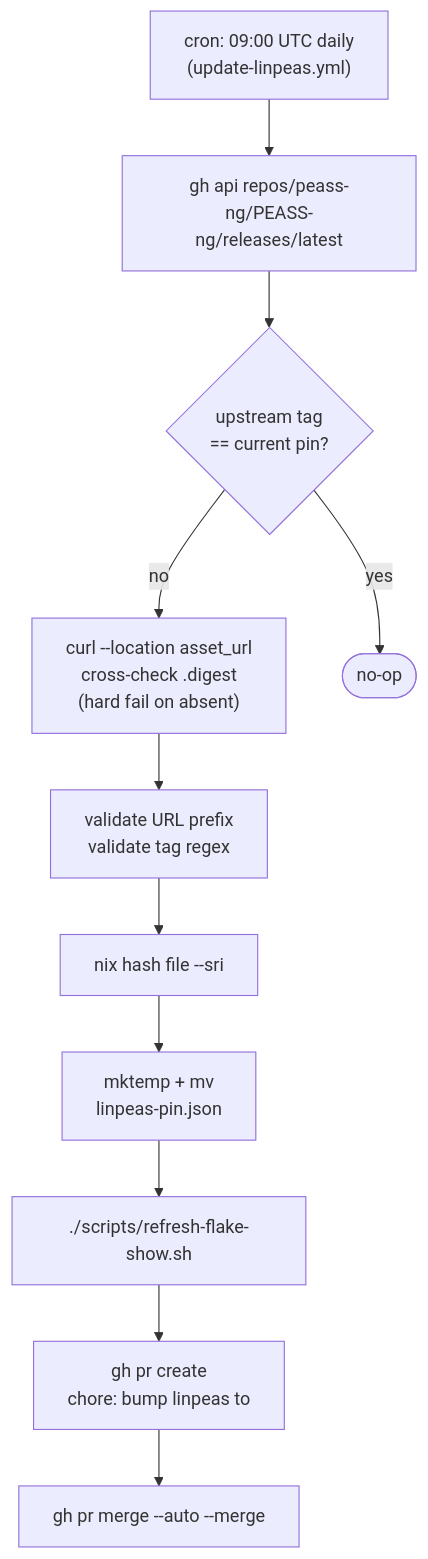
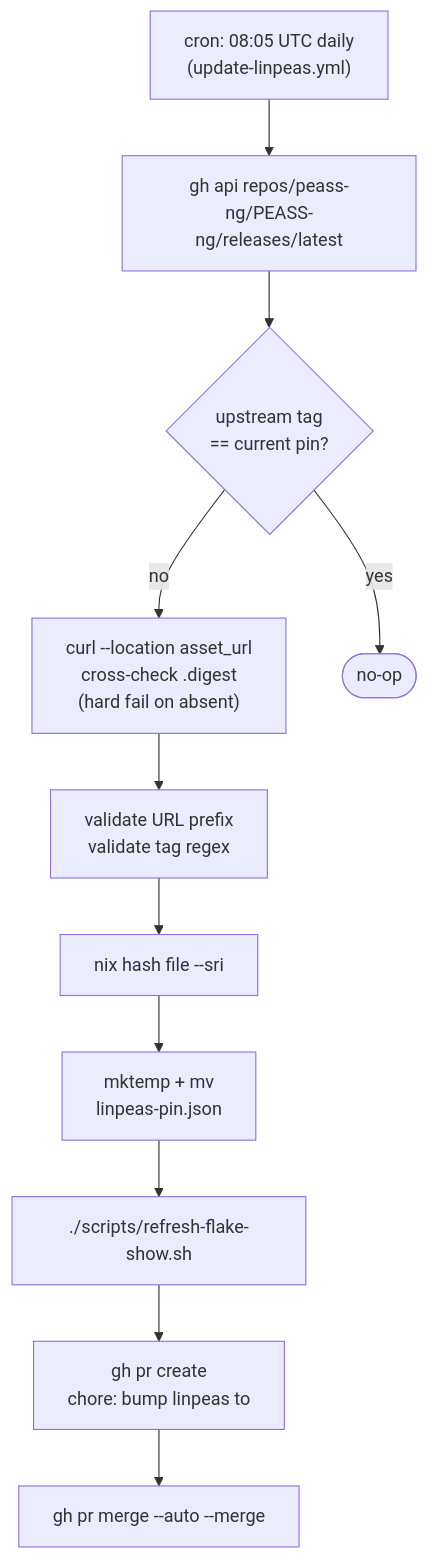
The first of 3 diagrams in docs/architecture/auto-update.md (rvenutolo/linPEAS-flake), drawn with Mermaid before and after one commit. The commit also changed other lines of this file and 27 other files, not shown here.

````diff
--- a/docs/architecture/auto-update.md
+++ b/docs/architecture/auto-update.md
@@ -7,18 +7,18 @@
 ```mermaid
 flowchart TD
-  cron["cron: 09:00 UTC daily<br/>(update-linpeas.yml)"]
+  cron["cron: 08:05 UTC daily<br/>(update-linpeas.yml)"]
   api["gh api repos/peass-ng/PEASS-ng/releases/latest"]
   compare{"upstream tag<br/>== current pin?"}
   fetch["curl --location asset_url<br/>cross-check .digest<br/>(hard fail on absent)"]
   validate["validate URL prefix<br/>validate tag regex"]
   hash["nix hash file --sri"]
   write["mktemp + mv<br/>linpeas-pin.json"]
   show["./scripts/refresh-flake-show.sh"]
   pr["gh pr create<br/>chore: bump linpeas to <tag>"]
   automerge["gh pr merge --auto --merge"]
   done(["no-op"])
 
   cron --> api --> compare
   compare -- yes --> done
   compare -- no --> fetch --> validate --> hash --> write --> show --> pr --> automerge
 ```
````
